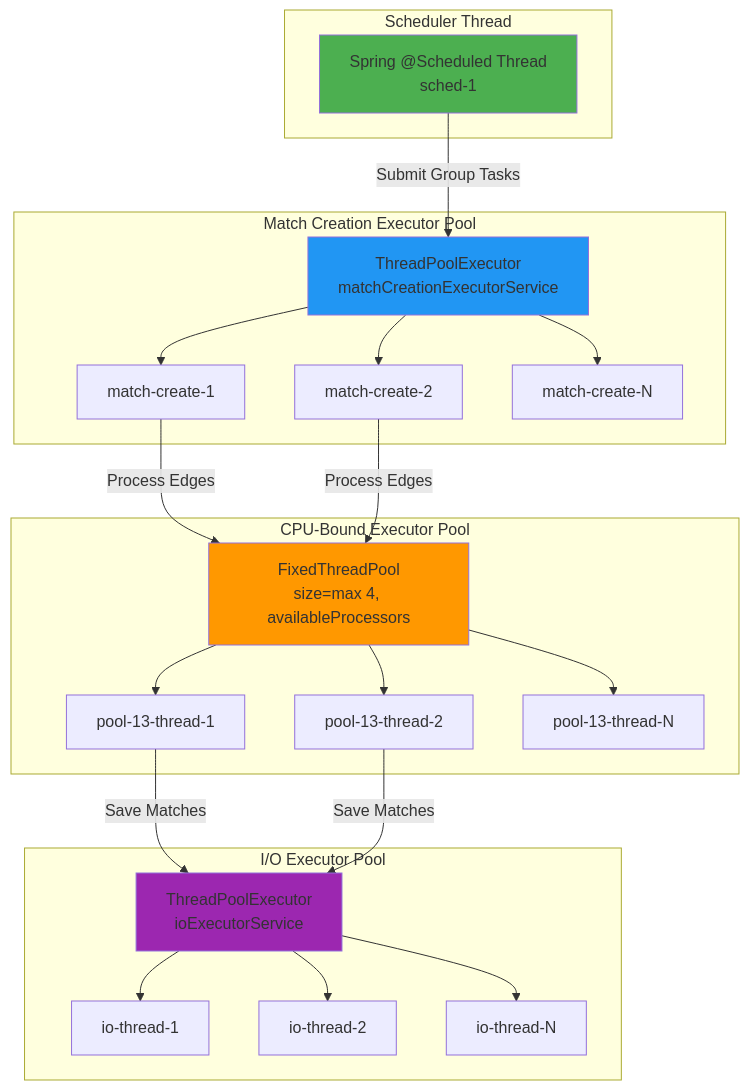
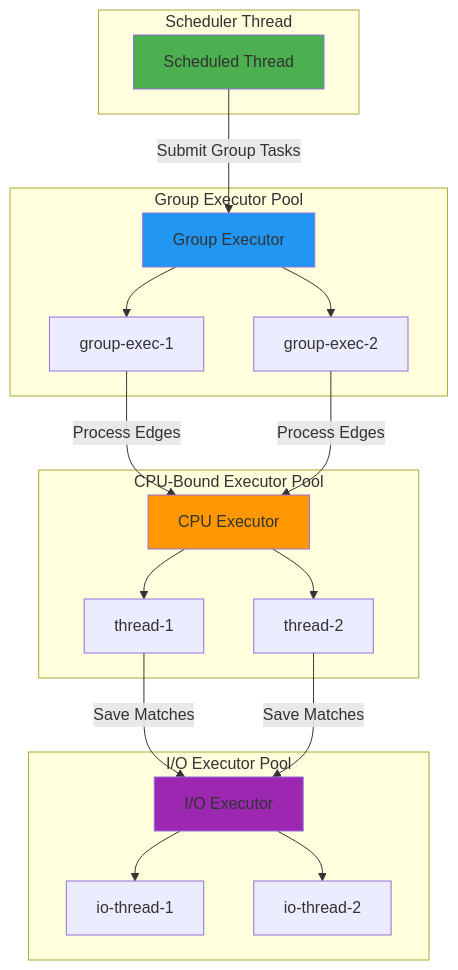
One commit to kagit00/schedule_x changed diagram 12 of 20 in docs/Low Level Designs/ScheduledPerfectMatchesCreation.md. Above: the diagram before and after it, drawn with Mermaid. The commit also changed other lines of this file and 7 other files, not shown here.

````diff
--- a/docs/Low Level Designs/ScheduledPerfectMatchesCreation.md
+++ b/docs/Low Level Designs/ScheduledPerfectMatchesCreation.md
@@ -518,47 +479,41 @@
 ```mermaid
 graph TB
     subgraph "Scheduler Thread"
-        ST[Spring @Scheduled Thread<br/>sched-1]
+        ST[Scheduled Thread]
     end
     
-    subgraph "Match Creation Executor Pool"
-        MCE1[match-create-1]
-        MCE2[match-create-2]
-        MCE3[match-create-N]
-        MCE[ThreadPoolExecutor<br/>matchCreationExecutorService]
-        MCE --> MCE1
-        MCE --> MCE2
-        MCE --> MCE3
+    subgraph "Group Executor Pool"
+        GE[Group Executor]
+        GE1[group-exec-1]
+        GE2[group-exec-2]
+        GE --> GE1
+        GE --> GE2
     end
     
     subgraph "CPU-Bound Executor Pool"
-        CPU1[pool-13-thread-1]
-        CPU2[pool-13-thread-2]
-        CPU3[pool-13-thread-N]
-        CPUE[FixedThreadPool<br/>size=max 4, availableProcessors]
+        CPUE[CPU Executor]
+        CPU1[thread-1]
+        CPU2[thread-2]
         CPUE --> CPU1
         CPUE --> CPU2
-        CPUE --> CPU3
     end
     
     subgraph "I/O Executor Pool"
+        IOE[I/O Executor]
         IO1[io-thread-1]
         IO2[io-thread-2]
-        IO3[io-thread-N]
-        IOE[ThreadPoolExecutor<br/>ioExecutorService]
         IOE --> IO1
         IOE --> IO2
-        IOE --> IO3
     end
     
-    ST -->|Submit Group Tasks| MCE
-    MCE1 -->|Process Edges| CPUE
-    MCE2 -->|Process Edges| CPUE
+    ST -->|Submit Group Tasks| GE
+    GE1 -->|Process Edges| CPUE
+    GE2 -->|Process Edges| CPUE
     CPU1 -->|Save Matches| IOE
     CPU2 -->|Save Matches| IOE
     
     style ST fill:#4CAF50
-    style MCE fill:#2196F3
+    style GE fill:#2196F3
     style CPUE fill:#FF9800
     style IOE fill:#9C27B0
 ```
````
